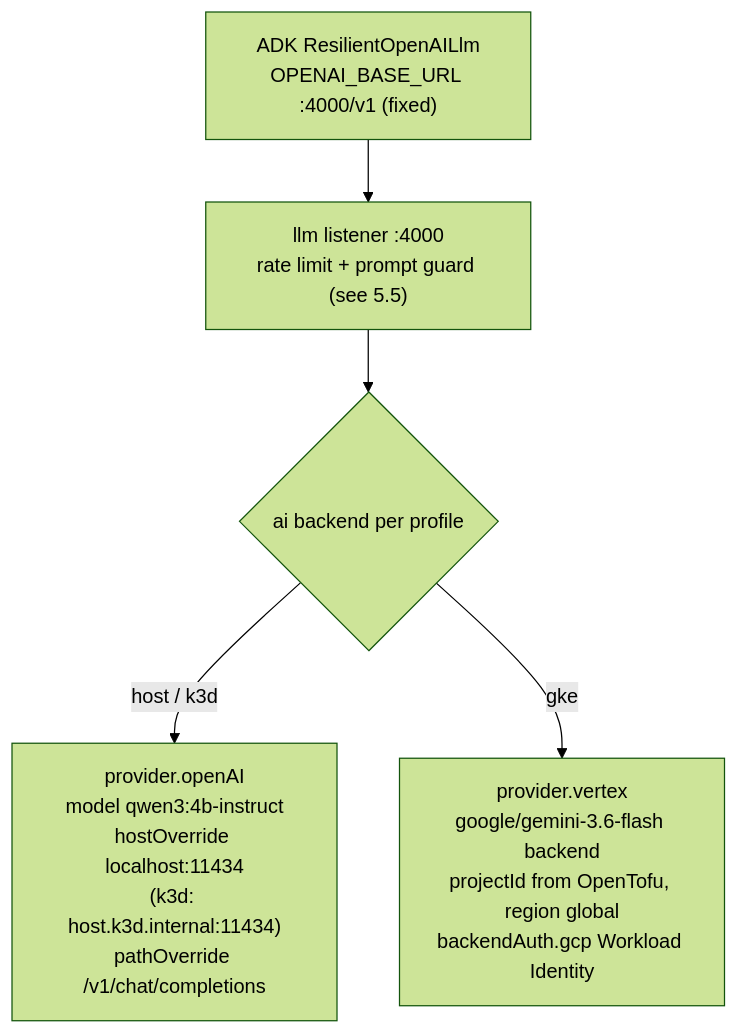
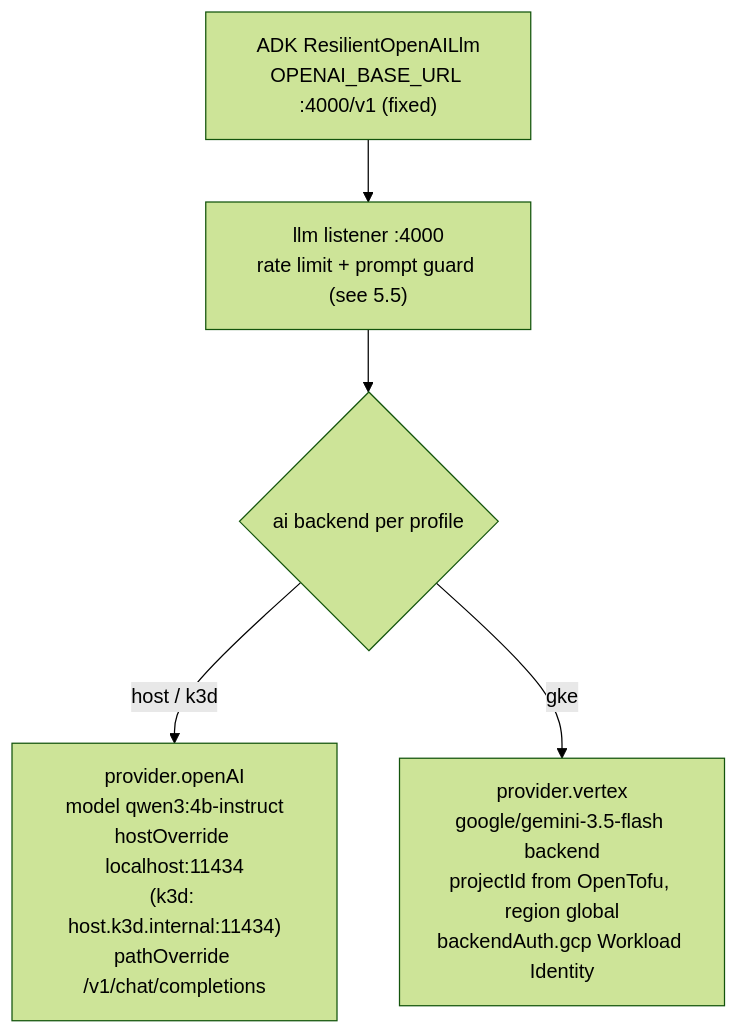
The second of 2 diagrams in docs/5. Gateway/5.4. Model Gateway.md (LuiGGi629/agentops-open-course), drawn with Mermaid (forest theme) before and after one commit. The commit also changed other lines of this file and 21 other files, not shown here.

Commit message:
fix(gke): pin proven Vertex tool loop (#124)

````diff
--- a/docs/5. Gateway/5.4. Model Gateway.md
+++ b/docs/5. Gateway/5.4. Model Gateway.md
@@ -131,7 +131,7 @@
 ```mermaid
 flowchart TD
     APP["ADK ResilientOpenAILlm<br/>OPENAI_BASE_URL :4000/v1 (fixed)"] --> L["llm listener :4000<br/>rate limit + prompt guard (see 5.5)"]
     L --> B{ai backend per profile}
     B -->|host / k3d| O["provider.openAI<br/>model qwen3:4b-instruct<br/>hostOverride localhost:11434<br/>(k3d: host.k3d.internal:11434)<br/>pathOverride /v1/chat/completions"]
-    B -->|gke| V["provider.vertex<br/>google/gemini-3.6-flash backend<br/>projectId from OpenTofu, region global<br/>backendAuth.gcp Workload Identity"]
+    B -->|gke| V["provider.vertex<br/>google/gemini-3.5-flash backend<br/>projectId from OpenTofu, region global<br/>backendAuth.gcp Workload Identity"]
 ```
````
